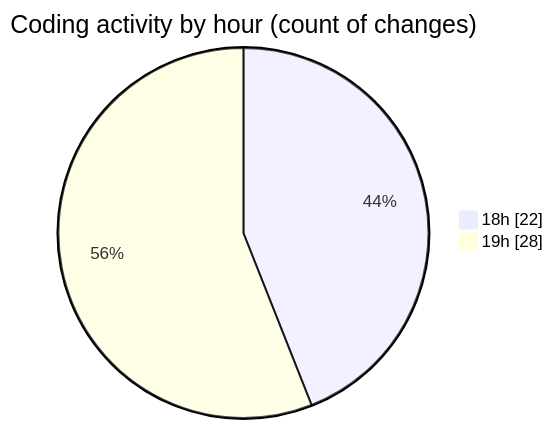
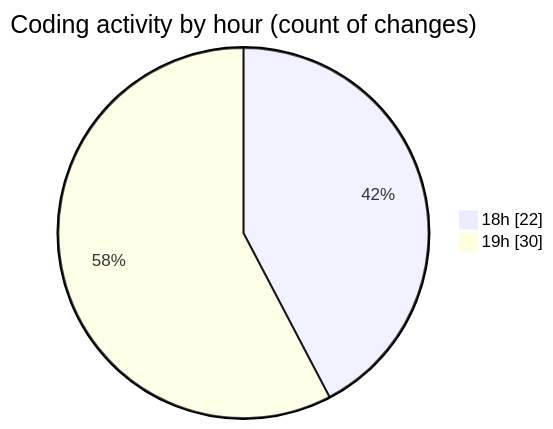
Before and after one commit to Netris89/code-tracking: the second of 2 diagrams in 2025-04-29/back-end/README.md, drawn with Mermaid. The commit also changed other lines of this file and 1 other file, not shown here.

````diff
--- a/2025-04-29/back-end/README.md
+++ b/2025-04-29/back-end/README.md
@@ -36,6 +37,6 @@
 ```mermaid
 pie showData
 title Coding activity by hour (count of changes)
 "18h" : 22
-"19h" : 28
+"19h" : 30
 ```
````
